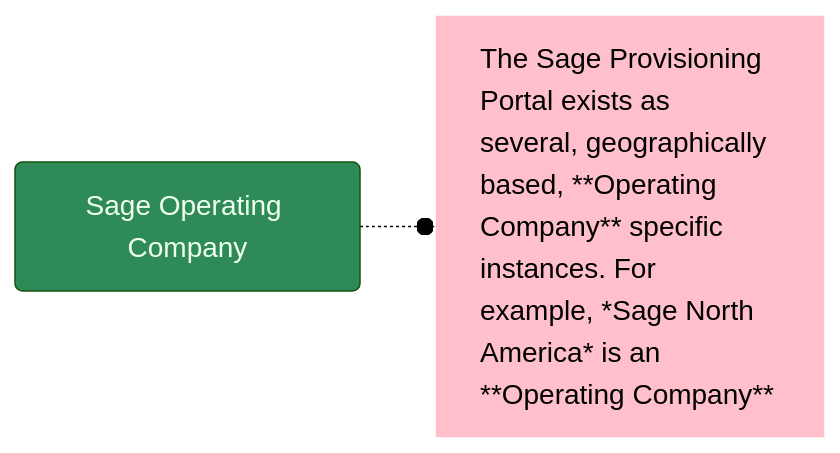
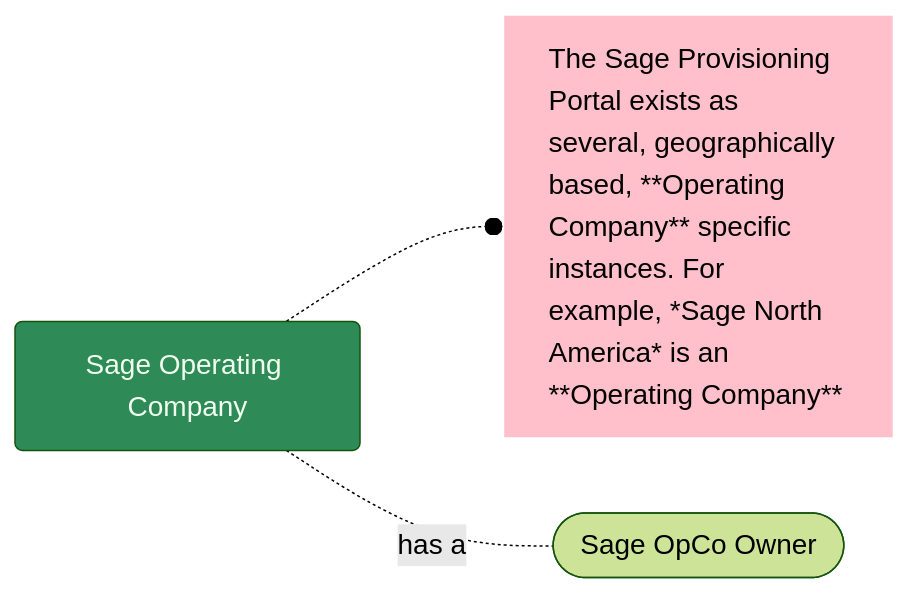
One commit to joe-dorward/samples changed the diagram in 2025_Sage/01_What is an Operating Company.mdx. Above: the diagram before and after it, drawn with Mermaid.

Commit message:
Update 01_What is an Operating Company.mdx

````diff
--- a/2025_Sage/01_What is an Operating Company.mdx
+++ b/2025_Sage/01_What is an Operating Company.mdx
@@ -1,28 +1,35 @@
 ```mermaid
 %%{
   init: {
     'theme': 'forest',
     'themeVariables': {
       'fontSize':'14pt'
     }
   }
 }%%
 flowchart LR
   classDef Sage fill:seagreen, color:honeydew;
   classDef Noun fill:lightcyan, stroke:royalblue, color:royalblue;
   classDef Note fill:pink, stroke:white, text-align:left;
 
   SAGE_OPERATING_COMPANY_01(Sage Operating Company)-.-o
   SAGE_OPERATING_COMPANY_01_Note[The Sage Provisioning Portal exists as several, geographically based, **Operating Company** specific instances. For example, *Sage North America* is an **Operating Company**]
 
+  SAGE_OPERATING_COMPANY_01-.has a.-
+  SAGE_OPCO_OWNER_01([&nbsp;Sage OpCo Owner&nbsp;])
+
+
+
+
+
 
   %%-.has a.-
   %%SAGE_OPERATIONS_AGENT_01([&nbsp;Sage Operations Agent&nbsp;])-.who adds a.->
   %%PARTNER_ORGANISATION_01[Partner Organisation]-.and a<br/>(required).->
   %%PRIMARY_CONTACT_01([&nbsp;Primary Contact&nbsp;])-.-o
   %%PRIMARY_CONTACT_01_NOTE[The **Primary Contact** is added with the **Partner Operations Agent** role]
 
   class SAGE_OPERATING_COMPANY_01 Sage
   class PARTNER_ORGANISATION_01,PRODUCT_01,PRODUCT_02 Noun
   class SAGE_OPERATING_COMPANY_01_Note Note
 ```
````
